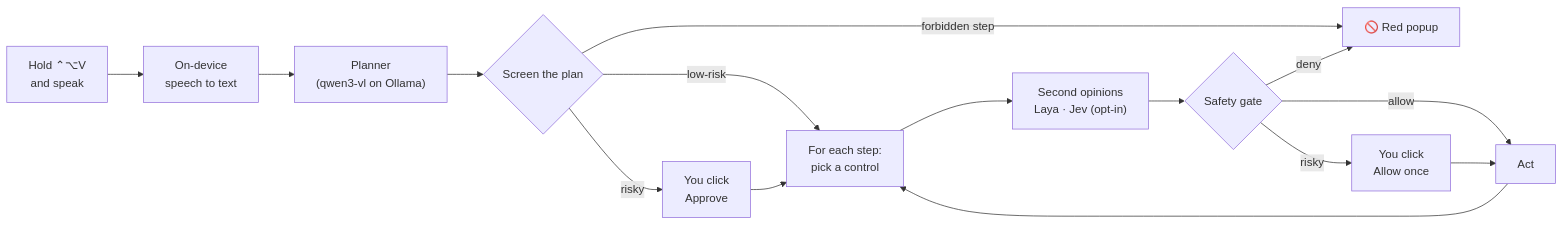
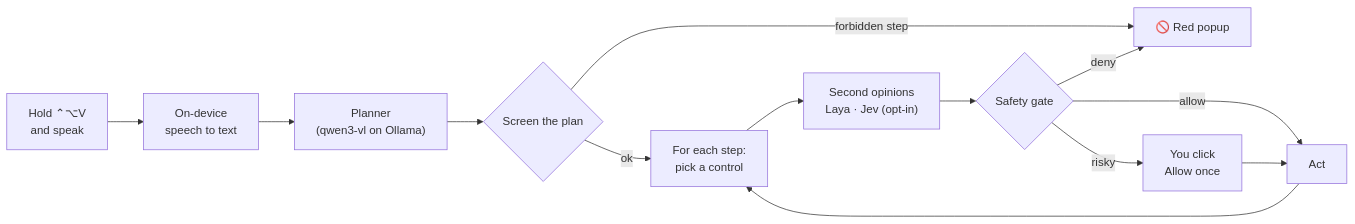
One commit to Ajju-kld/glim changed the diagram in README.md. Above: the diagram before and after it, drawn with Mermaid. The commit also changed other lines of this file and 25 other files, not shown here.

````diff
--- a/README.md
+++ b/README.md
@@ -41,17 +41,15 @@
 ```mermaid
 flowchart LR
     A["Hold ⌃⌥V<br/>and speak"] --> B["On-device<br/>speech to text"]
     B --> C["Planner<br/>(qwen3-vl on Ollama)"]
     C --> D{"Screen the plan"}
     D -- "forbidden step" --> X["🚫 Red popup"]
-    D -- "risky" --> E["You click<br/>Approve"]
-    D -- "low-risk" --> F["For each step:<br/>pick a control"]
-    E --> F
+    D -- "ok" --> F["For each step:<br/>pick a control"]
     F --> G["Second opinions<br/>Laya · Jev (opt-in)"]
     G --> H{"Safety gate"}
     H -- "deny" --> X
     H -- "risky" --> I["You click<br/>Allow once"]
     H -- "allow" --> J["Act"]
     I --> J
     J --> F
 ```
````
